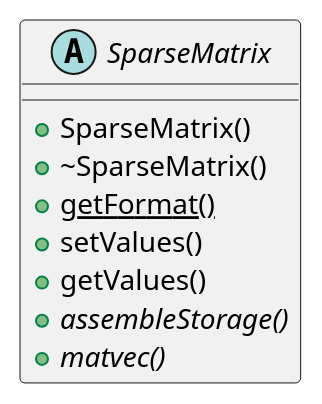
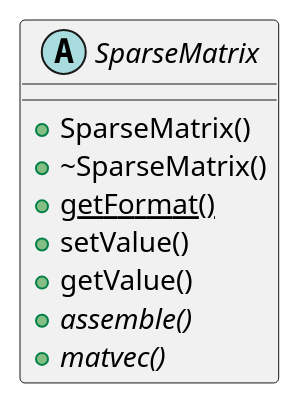
The diagram in doc/SparseMatrix_methods.puml (bkochuna/ners570f26-SpMV), drawn with PlantUML before and after one commit.

Commit message:
Typographical fixes to SparseMatrix_methods.puml

```diff
--- a/doc/SparseMatrix_methods.puml
+++ b/doc/SparseMatrix_methods.puml
@@ -1,14 +1,14 @@
 @startuml
 
 abstract class SparseMatrix
 
 ' Requried constructor/destructor
 SparseMatrix : + SparseMatrix()
 SparseMatrix : + ~SparseMatrix()
 SparseMatrix : + {static} getFormat()
-SparseMatrix : + setValues()
-SparseMatrix : + getValues()
-SparseMatrix : + {abstract} assembleStorage()
+SparseMatrix : + setValue()
+SparseMatrix : + getValue()
+SparseMatrix : + {abstract} assemble()
 SparseMatrix : + {abstract} matvec()
 
 @enduml
```
